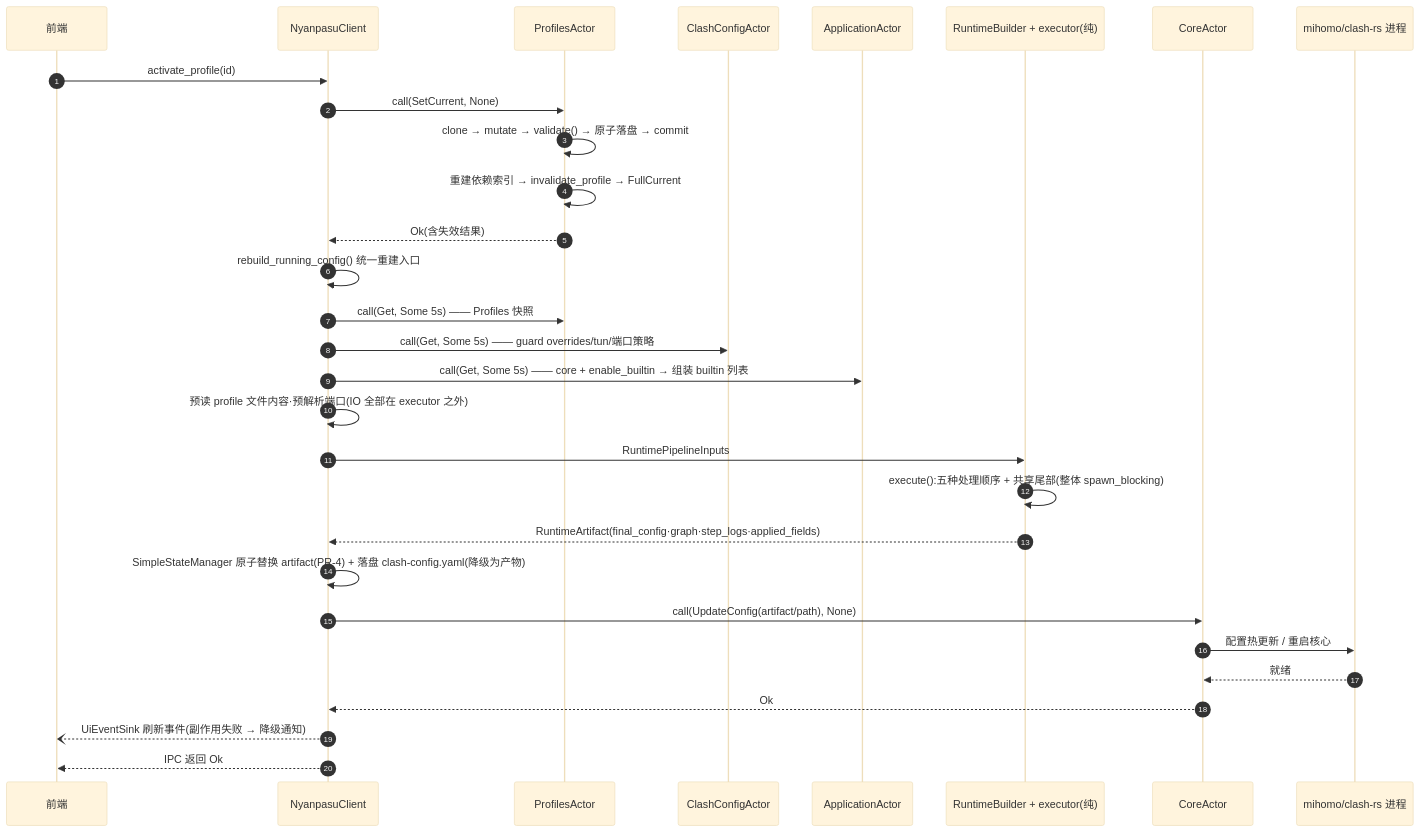
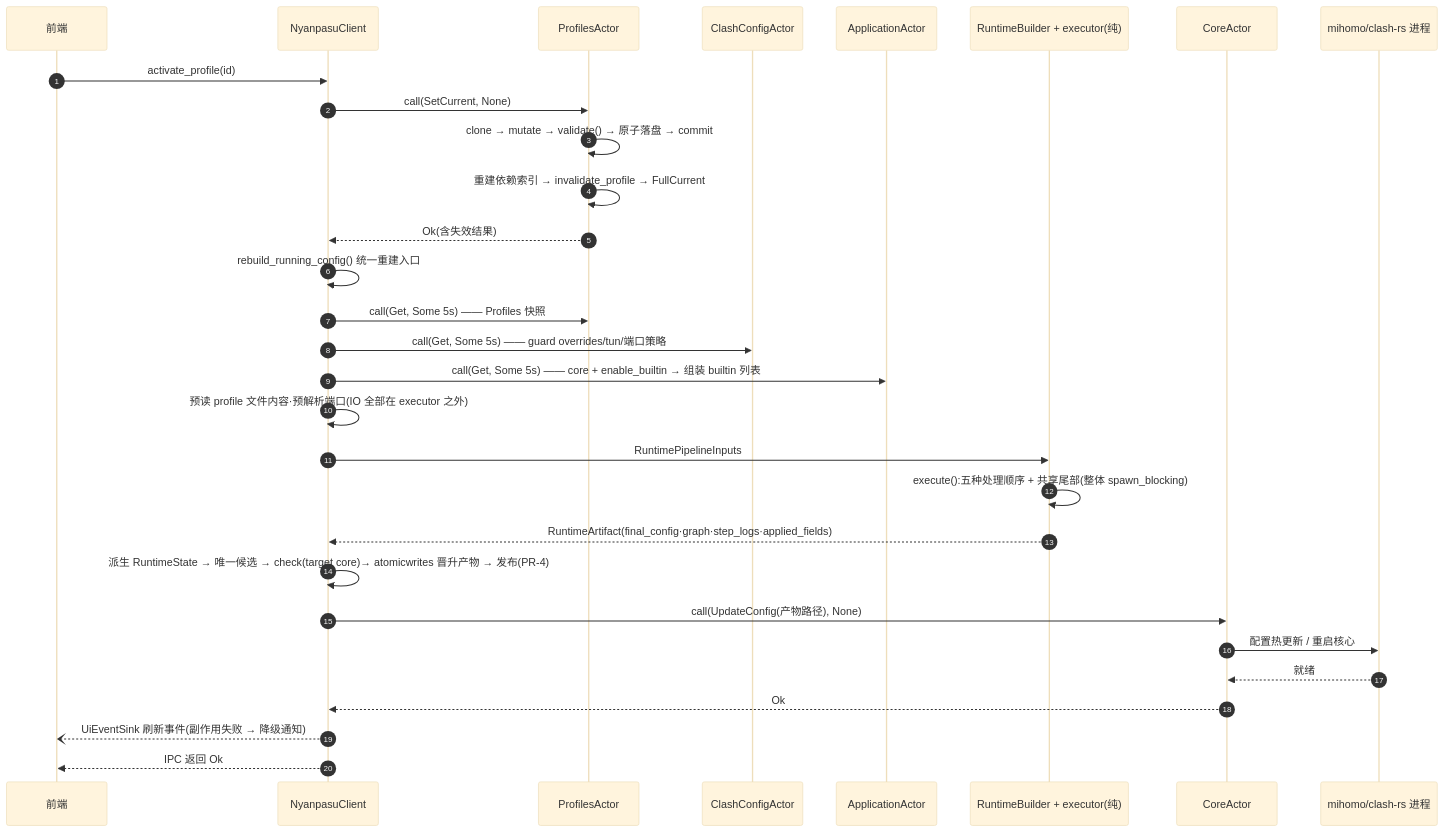
The ninth of 10 diagrams in docs/design/actor-migration-roadmap.md (libnyanpasu/clash-nyanpasu), drawn with Mermaid (base theme) before and after one commit. The commit also changed other lines of this file and 2 other files, not shown here.

Commit message:
docs(pr4): closeout roadmap to RuntimeState model, register C-M4 under PR-5, re-enumerate ledger

````diff
--- a/docs/design/actor-migration-roadmap.md
+++ b/docs/design/actor-migration-roadmap.md
@@ -555,33 +559,33 @@
 ```mermaid
 sequenceDiagram
     autonumber
     participant FE as 前端
     participant NC as NyanpasuClient
     participant PA as ProfilesActor
     participant CC as ClashConfigActor
     participant AA as ApplicationActor
     participant RB as RuntimeBuilder + executor(纯)
     participant CO as CoreActor
     participant P as mihomo/clash-rs 进程
 
     FE->>NC: activate_profile(id)
     NC->>PA: call(SetCurrent, None)
     PA->>PA: clone → mutate → validate() → 原子落盘 → commit
     PA->>PA: 重建依赖索引 → invalidate_profile → FullCurrent
     PA-->>NC: Ok(含失效结果)
     NC->>NC: rebuild_running_config() 统一重建入口
     NC->>PA: call(Get, Some 5s) —— Profiles 快照
     NC->>CC: call(Get, Some 5s) —— guard overrides/tun/端口策略
     NC->>AA: call(Get, Some 5s) —— core + enable_builtin → 组装 builtin 列表
     NC->>NC: 预读 profile 文件内容·预解析端口(IO 全部在 executor 之外)
     NC->>RB: RuntimePipelineInputs
     RB->>RB: execute():五种处理顺序 + 共享尾部(整体 spawn_blocking)
     RB-->>NC: RuntimeArtifact(final_config·graph·step_logs·applied_fields)
-    NC->>NC: SimpleStateManager 原子替换 artifact(PR-4) + 落盘 clash-config.yaml(降级为产物)
-    NC->>CO: call(UpdateConfig(artifact/path), None)
+    NC->>NC: 派生 RuntimeState → 唯一候选 → check(target core)→ atomicwrites 晋升产物 → 发布(PR-4)
+    NC->>CO: call(UpdateConfig(产物路径), None)
     CO->>P: 配置热更新 / 重启核心
     P-->>CO: 就绪
     CO-->>NC: Ok
     NC--)FE: UiEventSink 刷新事件(副作用失败 → 降级通知)
     NC-->>FE: IPC 返回 Ok
 ```
````
